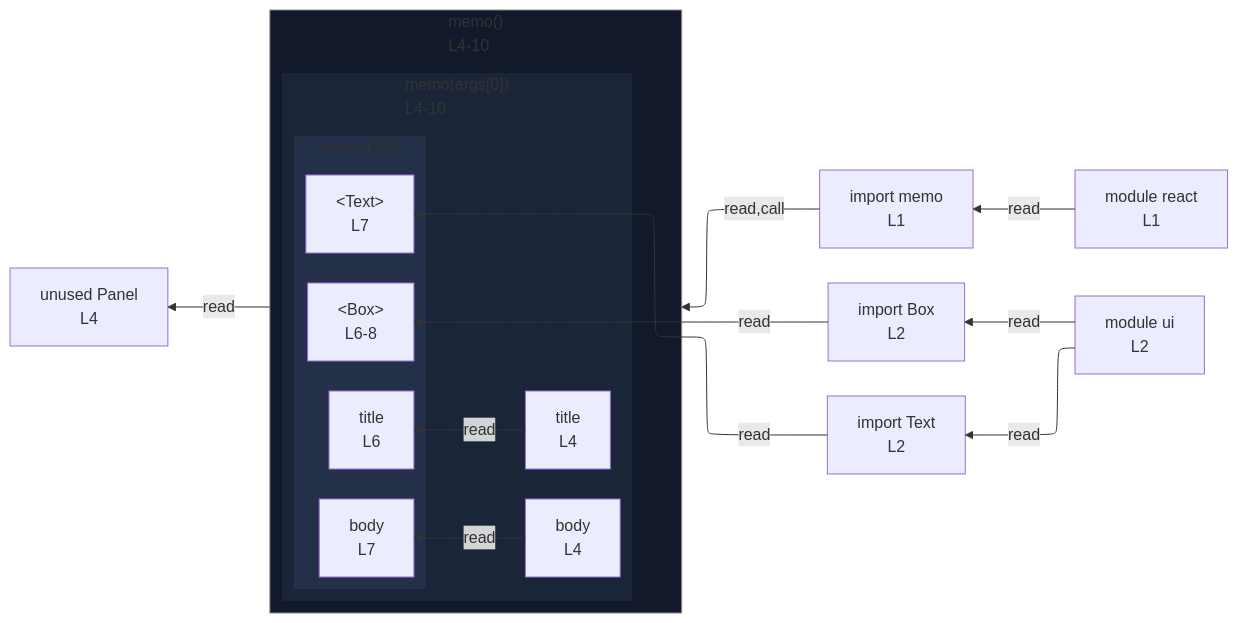
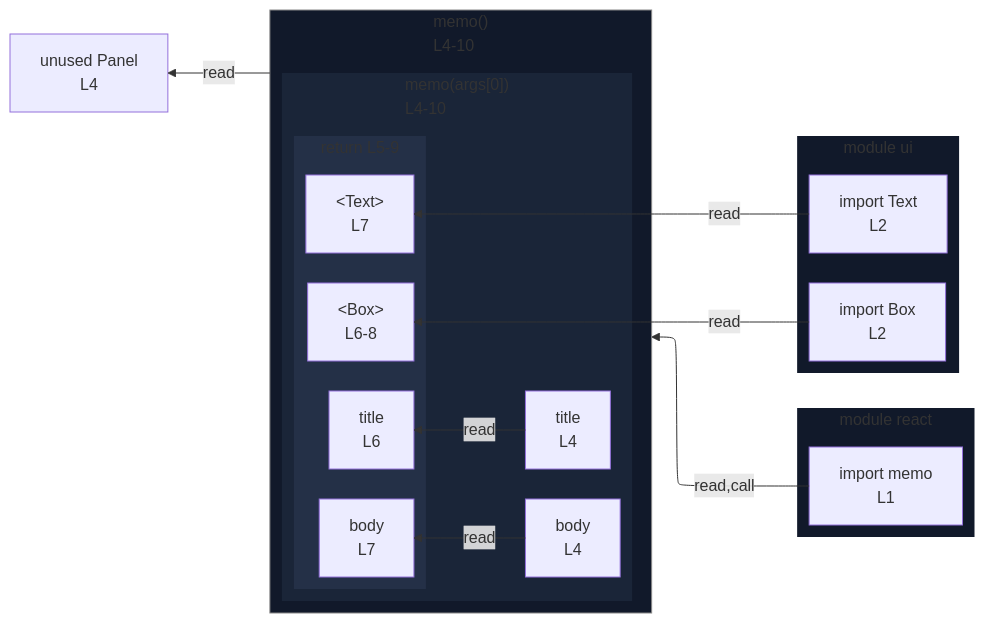
One commit to crescware/unsnarl changed the diagram in integration/fixtures/jsx/memo-component/preview.md. Above: the diagram before and after it, drawn with Mermaid. The commit also changed 153 other files, not shown here.

First line of the commit message:
Render import sources as module subgraphs instead of module nodes

````diff
--- a/integration/fixtures/jsx/memo-component/preview.md
+++ b/integration/fixtures/jsx/memo-component/preview.md
@@ -20,42 +20,45 @@
 ```mermaid
 %%{init: {"flowchart": {"defaultRenderer": "elk"}}}%%
 flowchart RL
-  n_scope_0_memo_9["import memo<br/>L1"]
-  n_scope_0_Box_39["import Box<br/>L2"]
-  n_scope_0_Text_44["import Text<br/>L2"]
   n_scope_0_Panel_76["unused Panel<br/>L4"]
   subgraph call_proxy_84["memo()<br/>L4-10"]
     direction RL
     subgraph s_scope_1["memo(args[0])<br/>L4-10"]
       direction RL
       n_scope_1_title_90["title<br/>L4"]
       n_scope_1_body_105["body<br/>L4"]
       subgraph s_return_scope_1_126_200["return L5-9"]
         direction RL
         ret_use_ref_2["&lt;Box&gt;<br/>L6-8"]
         ret_use_ref_3["title<br/>L6"]
         ret_use_ref_4["&lt;Text&gt;<br/>L7"]
         ret_use_ref_5["body<br/>L7"]
       end
     end
   end
+  subgraph sg_react["module react"]
+    direction RL
+    n_scope_0_memo_9["import memo<br/>L1"]
+  end
+  subgraph sg_ui["module ui"]
+    direction RL
+    n_scope_0_Box_39["import Box<br/>L2"]
+    n_scope_0_Text_44["import Text<br/>L2"]
+  end
   call_proxy_84 -->|read| n_scope_0_Panel_76
   n_scope_0_memo_9 -->|read,call| call_proxy_84
   n_scope_0_Box_39 -->|read| ret_use_ref_2
   n_scope_1_title_90 -->|read| ret_use_ref_3
   n_scope_0_Text_44 -->|read| ret_use_ref_4
   n_scope_1_body_105 -->|read| ret_use_ref_5
-  mod_react["module react<br/>L1"]
-  mod_ui["module ui<br/>L2"]
-  mod_react -->|read| n_scope_0_memo_9
-  mod_ui -->|read| n_scope_0_Box_39
-  mod_ui -->|read| n_scope_0_Text_44
   classDef nestL1 fill:#11192a,stroke:transparent;
   class call_proxy_84 nestL1;
+  class sg_react nestL1;
+  class sg_ui nestL1;
   classDef nestL2 fill:#1a2538,stroke:transparent;
   class s_scope_1 nestL2;
   classDef nestL3 fill:#243047,stroke:transparent;
   class s_return_scope_1_126_200 nestL3;
   classDef edgeTargetSubgraph stroke:#888;
   class call_proxy_84 edgeTargetSubgraph;
 ```
````
